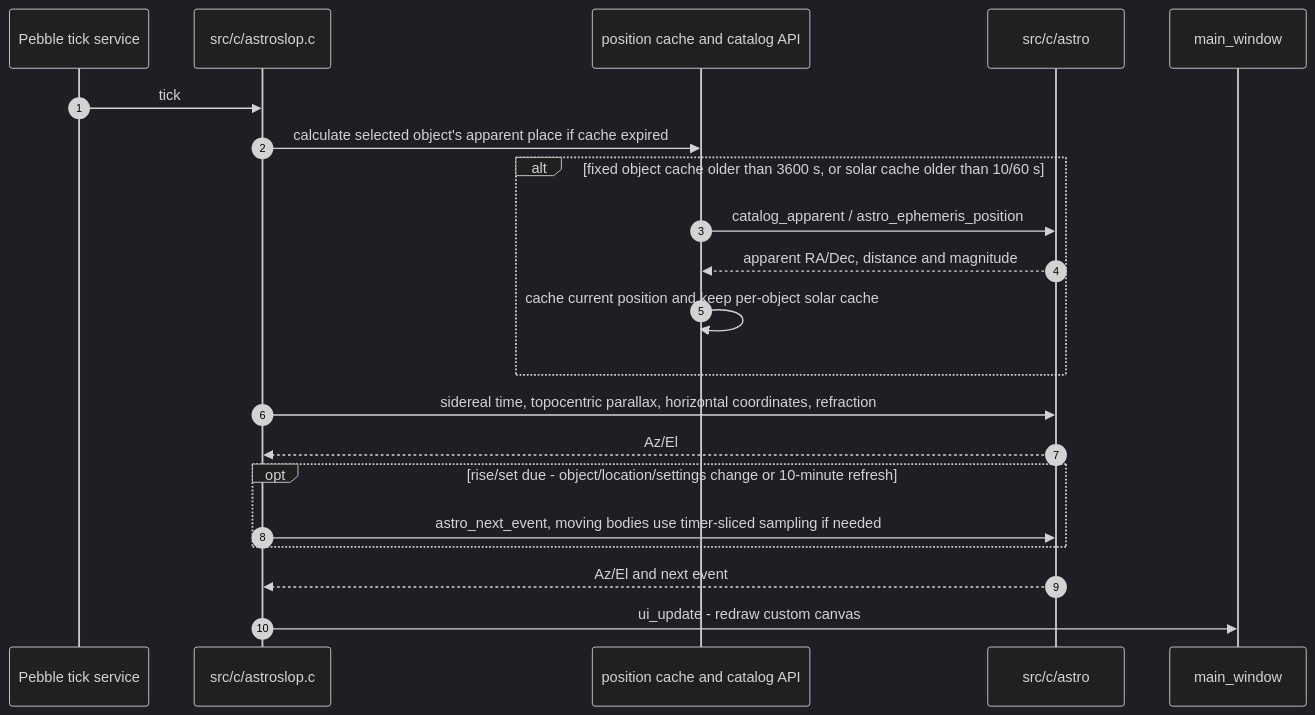
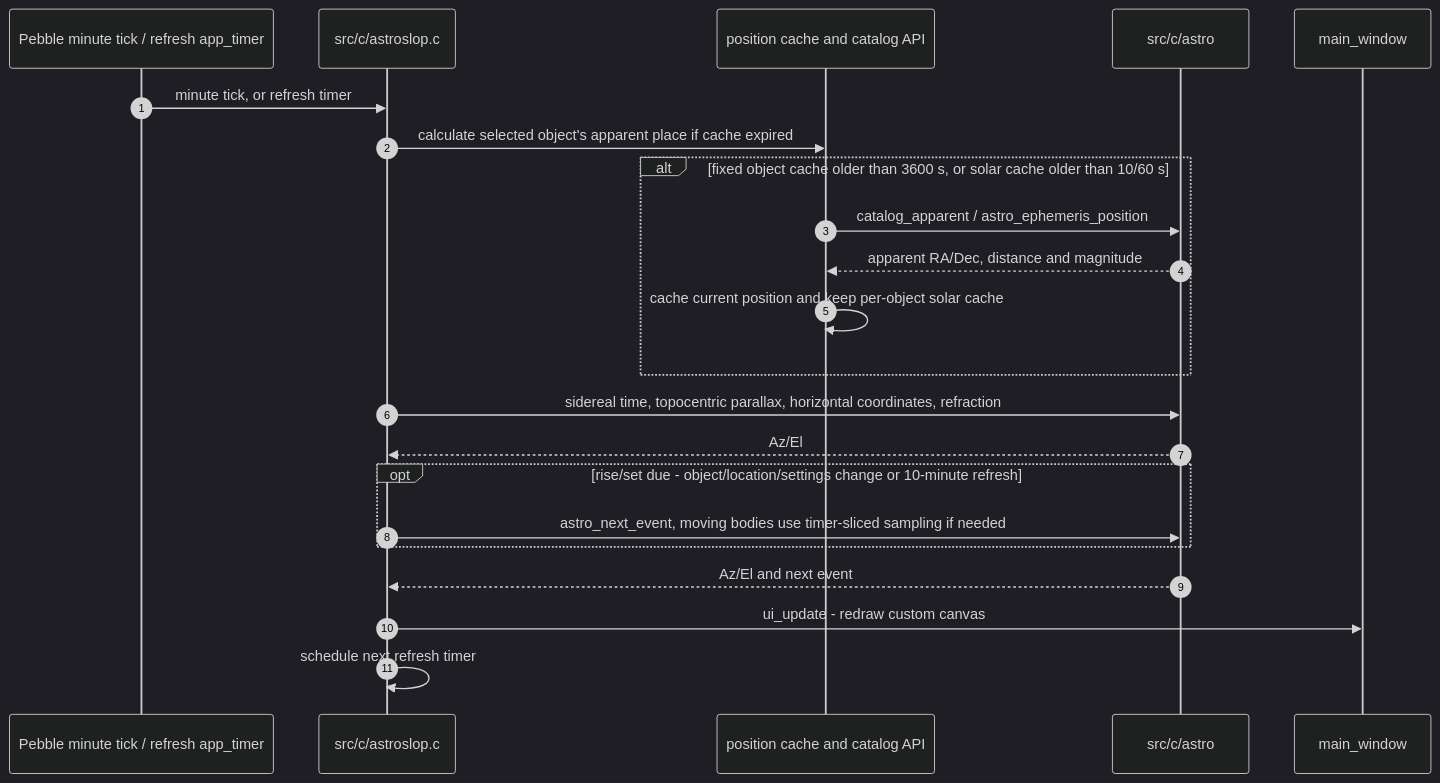
Before and after one commit to ewsandor/AstroSlop: the third of 10 diagrams in docs/DESIGN.md, drawn with Mermaid (dark theme). The commit also changed other lines of this file and 6 other files, not shown here.

````diff
--- a/docs/DESIGN.md
+++ b/docs/DESIGN.md
@@ -496,24 +496,25 @@
 ```mermaid
 sequenceDiagram
     autonumber
-    participant T as Pebble tick service
+    participant T as Pebble minute tick / refresh app_timer
     participant C as src/c/astroslop.c
     participant E as position cache and catalog API
     participant A as src/c/astro
     participant UI as main_window
 
-    T->>C: tick
+    T->>C: minute tick, or refresh timer
     C->>E: calculate selected object's apparent place if cache expired
     alt fixed object cache older than 3600 s, or solar cache older than 10/60 s
         E->>A: catalog_apparent / astro_ephemeris_position
         A-->>E: apparent RA/Dec, distance and magnitude
         E->>E: cache current position and keep per-object solar cache
     end
     C->>A: sidereal time, topocentric parallax, horizontal coordinates, refraction
     A-->>C: Az/El
     opt rise/set due - object/location/settings change or 10-minute refresh
         C->>A: astro_next_event, moving bodies use timer-sliced sampling if needed
     end
     A-->>C: Az/El and next event
     C->>UI: ui_update - redraw custom canvas
+    C->>C: schedule next refresh timer
 ```
````
